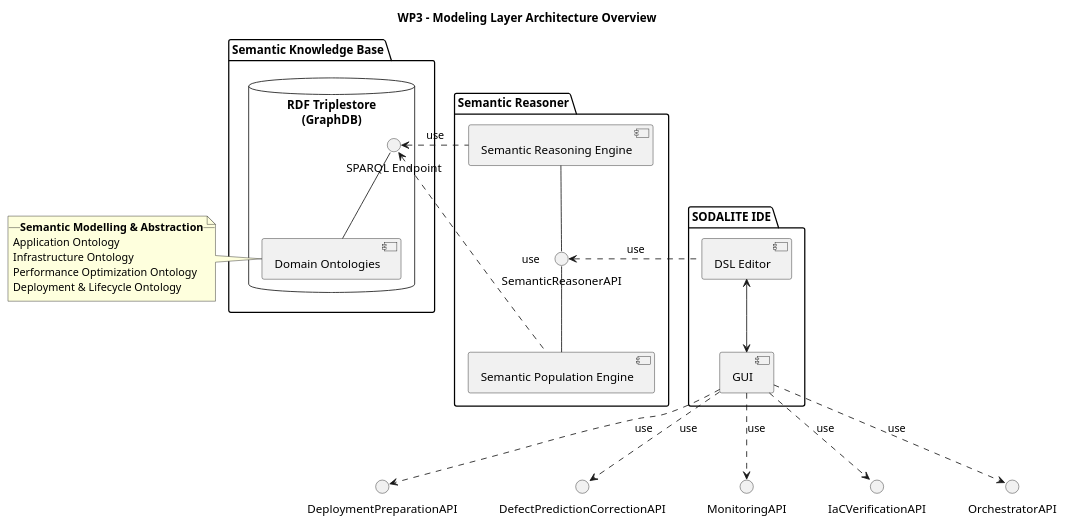
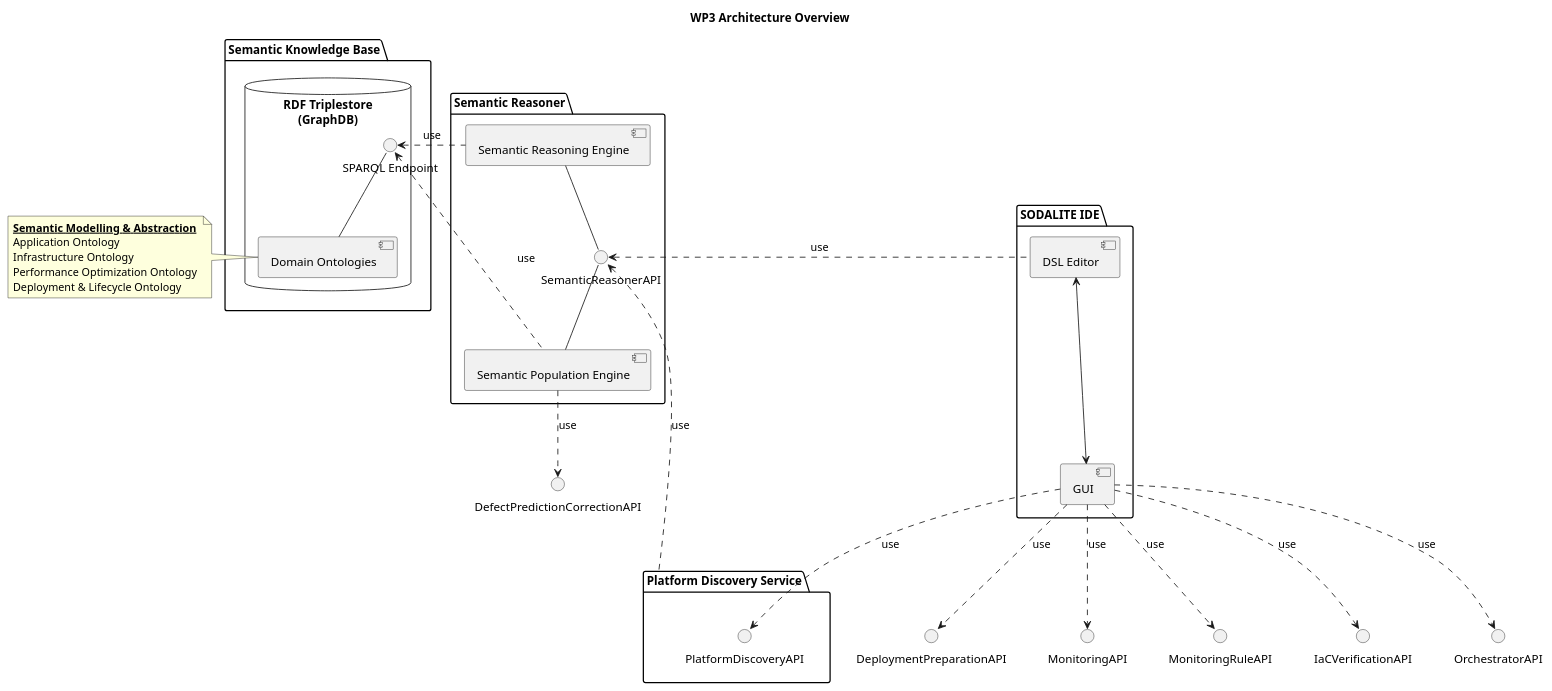
Before and after one commit to SODALITE-EU/project-wide-documentation: the diagram in uml/component-diagrams/CD-WP3-ArchitectureOverview.puml, drawn with PlantUML.

Commit message:
WP3 architecture

```diff
--- a/uml/component-diagrams/CD-WP3-ArchitectureOverview.puml
+++ b/uml/component-diagrams/CD-WP3-ArchitectureOverview.puml
@@ -1,50 +1,58 @@
 @startuml
 
-title WP3 - Modeling Layer Architecture Overview
+title WP3 Architecture Overview
 
 interface "DeploymentPreparationAPI" as deploymentPreparationAPI
 interface "DefectPredictionCorrectionAPI" as correctionAPI
 interface "MonitoringAPI" as monitoringAPI
+interface "MonitoringRuleAPI" as monitoringRuleAPI
 interface "IaCVerificationAPI" as iacverificationAPI
 interface "OrchestratorAPI" as orchestratorAPI
+
+package "Platform Discovery Service" as PDS {
+    interface "PlatformDiscoveryAPI" as PDSAPI
+}
 
 package "SODALITE IDE" as IDE {
     component [DSL Editor] as ideDSLeditor
     component [GUI] as ideGUI
 }
 
 package "Semantic Reasoner" as res {
     interface "SemanticReasonerAPI" as resAPI
     component [Semantic Population Engine] as resPopulationEngine
     component [Semantic Reasoning Engine] as resReasoningEngine
 }
 
 package "Semantic Knowledge Base" as repo {
     database "RDF Triplestore\n(GraphDB)" as triplestore {
         interface "SPARQL Endpoint" as repoEndpoint
         component [Domain Ontologies] as repoOntologies
     }
 }
 
 note left of repoOntologies
-   __**Semantic Modelling & Abstraction**__
+   __**Semantic Modelling & Abstraction**__ 
    Application Ontology
    Infrastructure Ontology
    Performance Optimization Ontology
    Deployment & Lifecycle Ontology
 end note
 
 resAPI -down- resPopulationEngine
 resAPI -up- resReasoningEngine
 ideDSLeditor .left.> resAPI: use
-ideDSLeditor <-down-> ideGUI
+ideDSLeditor <-down--> ideGUI
 repoOntologies -up- repoEndpoint
 resPopulationEngine .left.> repoEndpoint: use
 resReasoningEngine .left.> repoEndpoint: use
+resPopulationEngine ..> correctionAPI: use
 ideGUI ..> deploymentPreparationAPI : use
-ideGUI ..> correctionAPI : use
 ideGUI ..> monitoringAPI : use
+ideGUI ..> monitoringRuleAPI : use
 ideGUI ..> iacverificationAPI : use
 ideGUI ..> orchestratorAPI : use
+ideGUI ..> PDSAPI : use
+PDS .up.> resAPI:use
 
 @enduml
```
